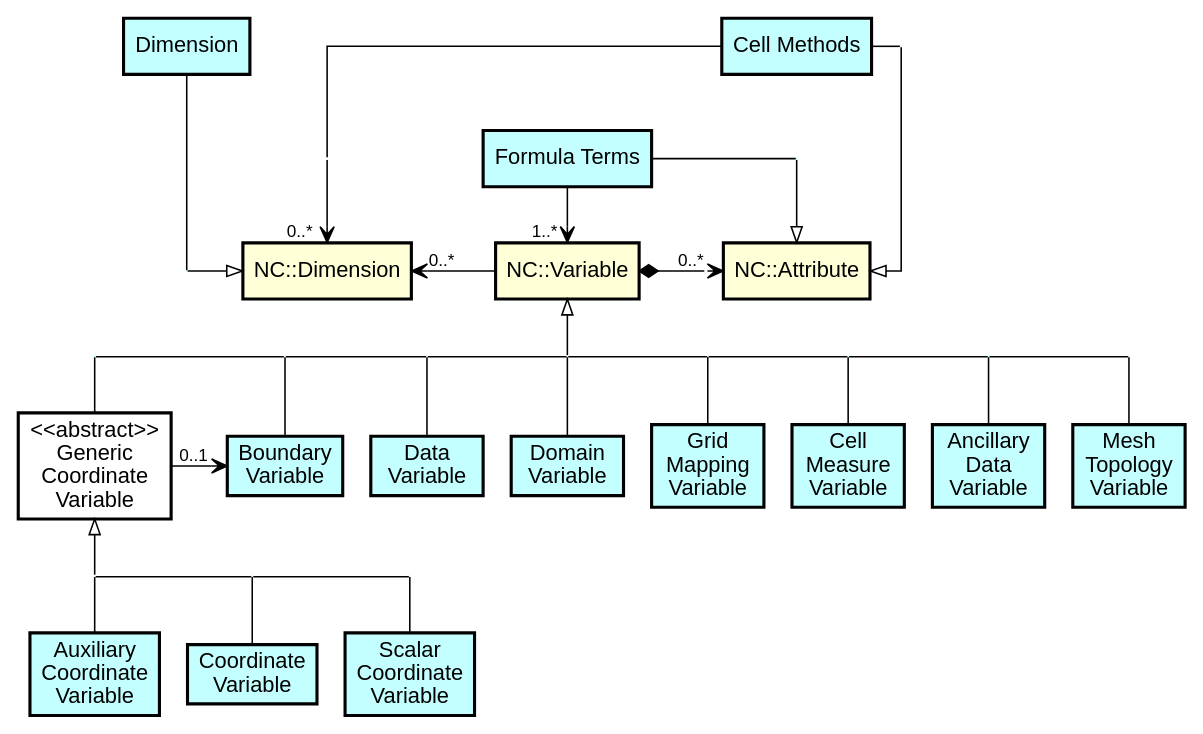
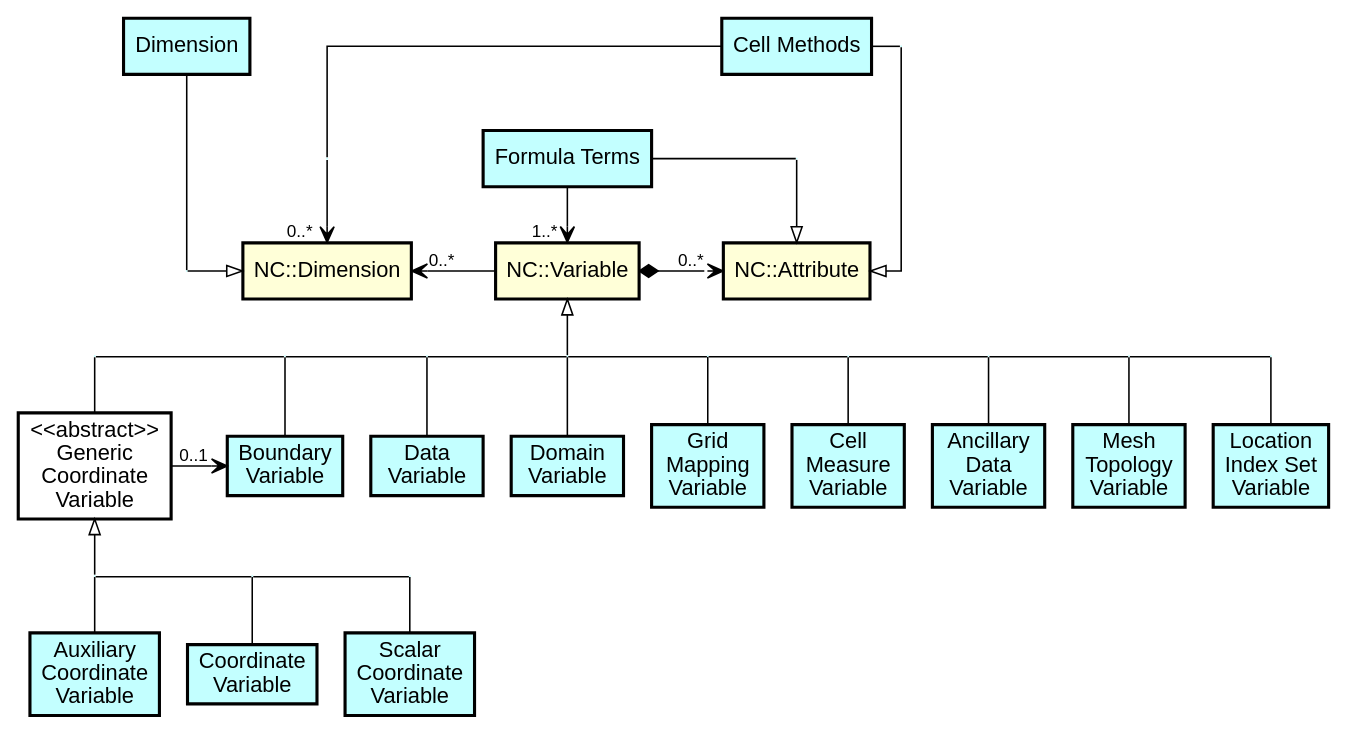
The diagram in images/cfdm_cf_concepts.gv (cf-convention/cf-conventions), drawn with Graphviz before and after one commit. The commit also changed 1 other file, not shown here.

```diff
--- a/images/cfdm_cf_concepts.gv
+++ b/images/cfdm_cf_concepts.gv
@@ -1,145 +1,149 @@
 # ====================================================================
 # Source code for cfdm_cf_concepts.svg
 #
 # cfdm_cf_concepts.svg created with:
 #
 # $ dot -T svg cfdm_cf_concepts.gv -o cfdm_cf_concepts.svg
 # ====================================================================
 
 digraph {splines=ortho nodesep="+0.25"
 
 # --------------------------------------------------------------------
 # NetCDF variables
 # --------------------------------------------------------------------
 node [
      style="filled,bold"
      shape=rectangle
      fillcolor="#FFFFD8"
      width=1.0
      height=0.5
      fontname="Arial"
      ]
 
 NetCDFDimension [label="NC::Dimension"]
 NetCDFVariable [label="NC::Variable"]
 NetCDFAttribute [label="NC::Attribute"]
 
 # --------------------------------------------------------------------
 # CF-netCDF elements
 # --------------------------------------------------------------------
 node [
      style="filled,bold"
      shape=rectangle
      fillcolor="#C3FFFF"
      width=1.0
      height=0.5
      fontname="Arial"
      ]
 
 GenericCoordinate [label="<<abstract>>\nGeneric\nCoordinate\nVariable"
 		   fillcolor=white]
 
 Dimension [label="Dimension"]
 CellMethods [label="Cell Methods"]
 FormulaTerms [label="Formula Terms"]
 AuxiliaryCoordinate [label="Auxiliary\nCoordinate\nVariable"]
 Coordinate [label="Coordinate\nVariable"]
 ScalarCoordinate [label="Scalar\nCoordinate\nVariable"]
 Data [label="Data\nVariable"]
 Domain [label="Domain\nVariable"]
 CellMeasure [label="Cell\nMeasure\nVariable"]
 AncillaryData [label="Ancillary\nData\nVariable"]
 BoundaryVariable [label="Boundary\nVariable"]
 GridMapping [label="Grid\nMapping\nVariable"]
 MeshTopology [label="Mesh\nTopology\nVariable"]
+LocationIndexSet [label="Location\nIndex Set\nVariable"]
 
 # --------------------------------------------------------------------
 # Invisible nodes used to aid in layout
 # --------------------------------------------------------------------
 node [
      width=0
      height=0
      size=fixed
      shape=none
      label=""
      ]
 route1
 route2
 route3
 route4
 route5
 route6
 route7
 route8
 route9
 route10
 route11
 route12
 route13
 route14
 route15
+route16
 
 edge [arrowtail=none
       arrowhead=none
       dir=both
       arrowsize=1.0
       fontname="Arial"
       labelfontsize=11.0
       ]
 
 Dimension -> route3 []
 route3 -> NetCDFDimension [arrowhead=empty minlen=2]
 CellMethods -> route1 []
 route1 -> NetCDFDimension [arrowhead=vee headlabel="0..*   " weight=100]
 CellMethods -> route2 []
 route2 -> NetCDFAttribute [arrowhead=empty]
 
 {rank=same; Dimension, route2, CellMethods}
 
 NetCDFDimension -> NetCDFVariable [arrowtail=vee minlen=3 taillabel="    0..*"]
 NetCDFVariable -> NetCDFAttribute [arrowtail=vee arrowhead=diamond minlen=3 taillabel="0..*    "]
 {rank=same; route3, NetCDFDimension, NetCDFVariable, NetCDFAttribute}
 
 FormulaTerms -> NetCDFVariable [arrowhead=vee weight=100 headlabel="1..*  "]
 FormulaTerms -> route11 []
 route11 -> NetCDFAttribute [arrowhead=empty weight=100]	    
 {rank=same; route1, route11, FormulaTerms}
 
 NetCDFVariable -> route7 [arrowtail=empty weight=100]
 route7 -> Domain [weight=100]
 GenericCoordinate -> route4 [weight=100]
 route4 -> route5 []
 route5 -> BoundaryVariable [weight=100]
 route5 -> route6 []
 route6 -> Data []
 route6 -> route7 []
 route7 -> route8 []       
 GridMapping -> route8 [weight=100]
 route8 -> route9 []
 route9 -> CellMeasure [weight=100]
 route9 -> route10 []
 route10 -> AncillaryData [weight=100]
 route10 -> route15 []
 route15 -> MeshTopology [weight=100]
+route15 -> route16 []
+route16 -> LocationIndexSet [weight=100]
 
-{rank=same; route4, route5, route6, route7, route8, route9, route10, route15}
+{rank=same; route4, route5, route6, route7, route8, route9, route10, route15, route16}
 {rank=same; GenericCoordinate, BoundaryVariable, Data, Domain, CellMeasure, AncillaryData GridMapping}
 
 GenericCoordinate -> BoundaryVariable [arrowhead=vee arrowtail=none minlen=2 headlabel="0..1    "]
 
 GenericCoordinate -> route12 [arrowtail=empty weight=100]
 route12 -> AuxiliaryCoordinate [weight=100]
 route12 -> route13 []
 route13 -> Coordinate []
 route13 -> route14 []
 route14 -> ScalarCoordinate [weight=100]
 
 {rank=same; route12, route13, route14}
 {rank=same; AuxiliaryCoordinate, Coordinate, ScalarCoordinate}
 
 # --------------------------------------------------------------------
 # Invisible edges used to aid in layout
 # --------------------------------------------------------------------
 CellMethods -> route11 [style=invis weight=100]
 
 }
```
